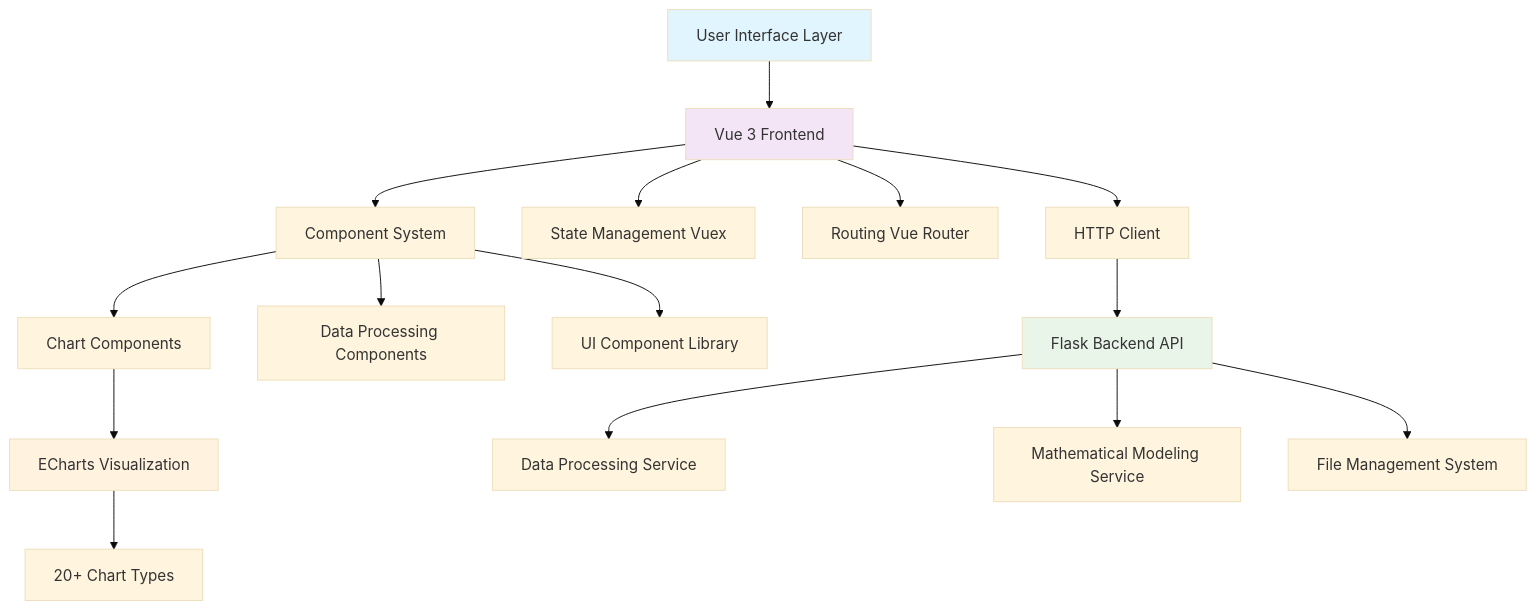
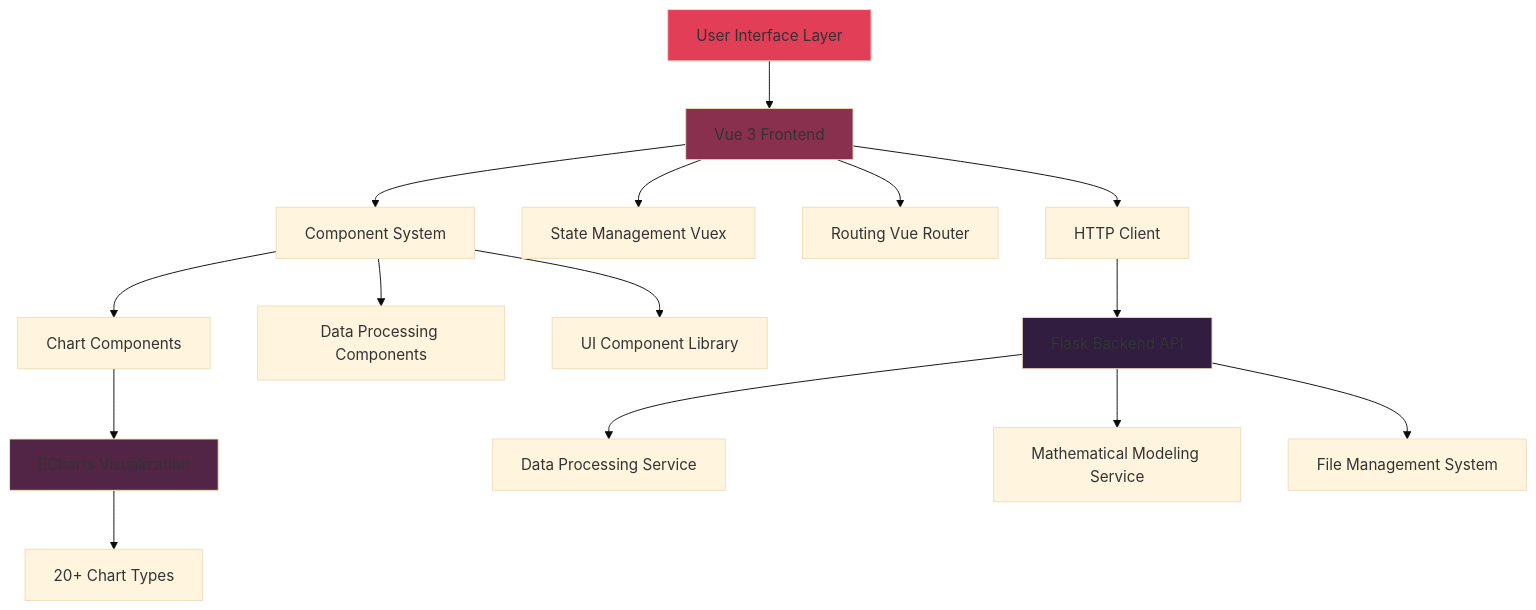
Before and after one commit to TiiJeiJ8/AetherLab: the diagram in README.md, drawn with Mermaid (base theme).

````diff
--- a/README.md
+++ b/README.md
@@ -11,26 +11,26 @@
 ```mermaid
 graph TB
     A[User Interface Layer] --> B[Vue 3 Frontend]
     B --> C[Component System]
     B --> D[State Management Vuex]
     B --> E[Routing Vue Router]
     
     C --> F[Chart Components]
     C --> G[Data Processing Components]
     C --> H[UI Component Library]
     
     F --> I[ECharts Visualization]
     I --> J[20+ Chart Types]
     
     B --> K[HTTP Client]
     K --> L[Flask Backend API]
     L --> M[Data Processing Service]
     L --> N[Mathematical Modeling Service]
     L --> O[File Management System]
     
-    style A fill:#e1f5fe
-    style B fill:#f3e5f5
-    style I fill:#fff3e0
-    style L fill:#e8f5e8
+    style A fill:#e23e57
+    style B fill:#88304e
+    style I fill:#522546
+    style L fill:#311d3f
 
 ```
````
